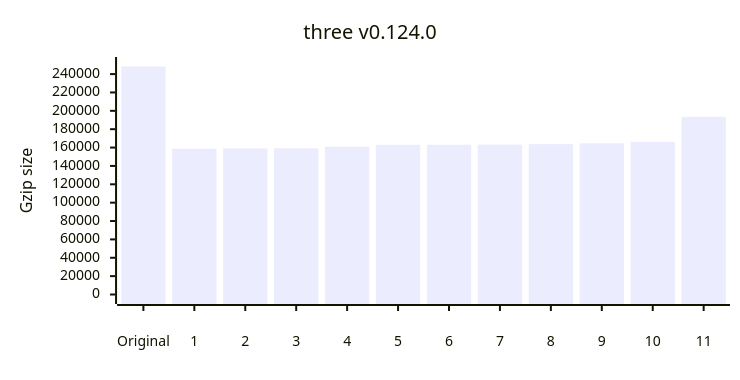
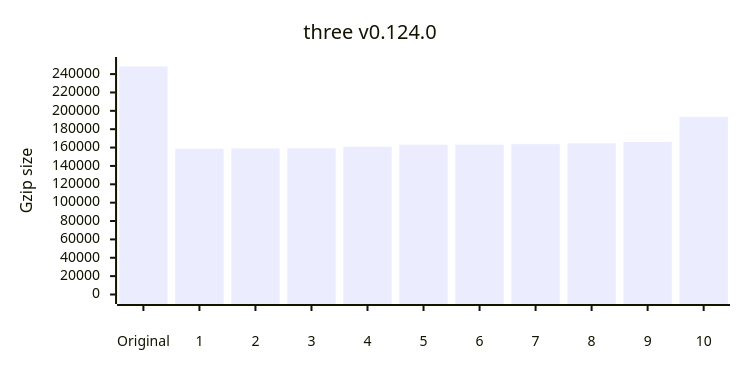
One commit to privatenumber/minification-benchmarks changed the eighth of 12 diagrams in README.md. Above: the diagram before and after it, drawn with Mermaid. The commit also changed other lines of this file and 1 other file, not shown here.

````diff
--- a/README.md
+++ b/README.md
@@ -357,17 +357,17 @@
 ```mermaid
 ---
 config:
     xyChart:
         width: 720
         height: 360
         xAxis:
             labelPadding: 20
         yAxis:
             labelPadding: 10
 ---
 xychart-beta
 	title "three v0.124.0"
-	x-axis ["Original",1,2,3,4,5,6,7,8,9,10,11]
+	x-axis ["Original",1,2,3,4,5,6,7,8,9,10]
 	y-axis "Gzip size" 0 --> 248267
-	bar [248267,158764,159071,159200,160827,162998,163036,163198,163725,164610,166210,193471]
+	bar [248267,158764,159071,159200,160827,163036,163198,163725,164610,166210,193471]
 ```
````
